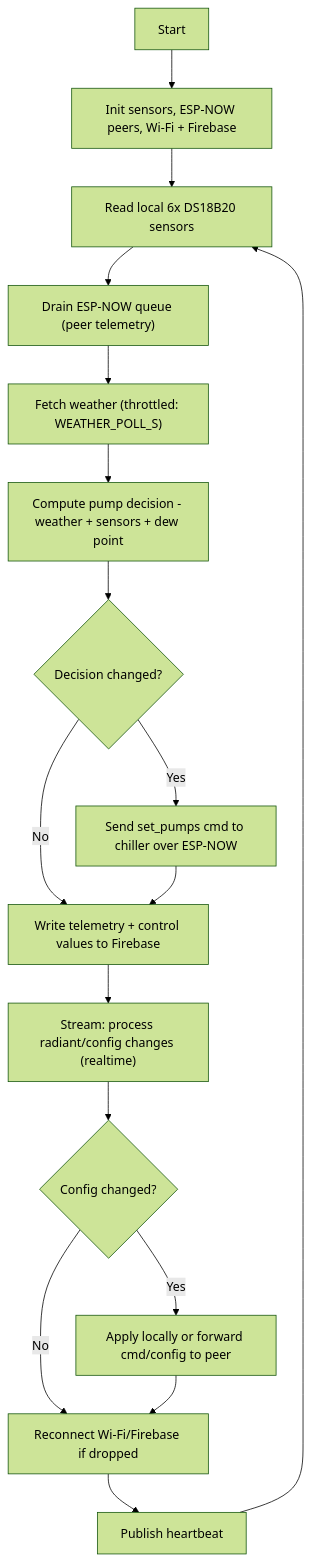
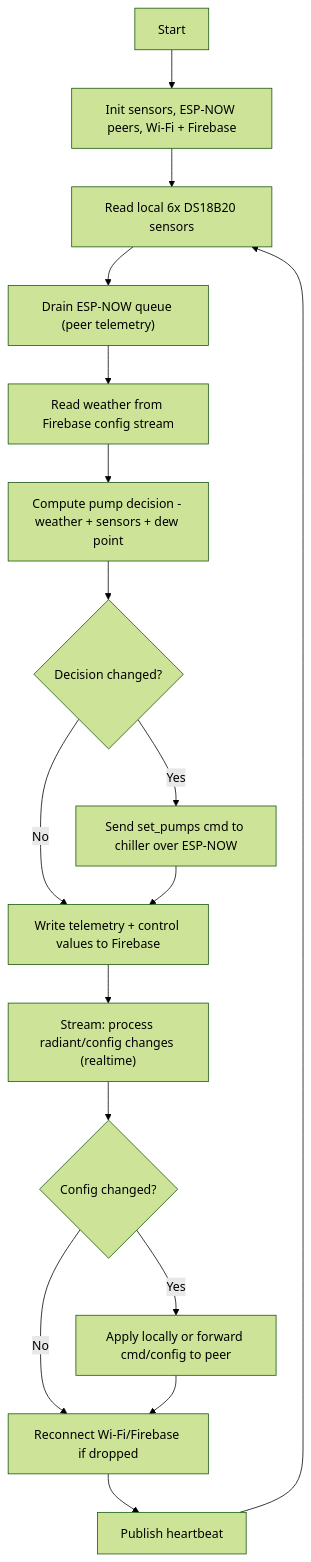
One commit to qppd/radiant-cooling changed the first of 4 diagrams in docs/diagrams/flow-chart.md. Above: the diagram before and after it, drawn with Mermaid (forest theme). The commit also changed other lines of this file and 31 other files, not shown here.

````diff
--- a/docs/diagrams/flow-chart.md
+++ b/docs/diagrams/flow-chart.md
@@ -12,19 +12,19 @@
 ```mermaid
 flowchart TD
     A["Start"] --> B["Init sensors, ESP-NOW peers, Wi-Fi + Firebase"]
     B --> C["Read local 6x DS18B20 sensors"]
     C --> D["Drain ESP-NOW queue (peer telemetry)"]
-    D --> E["Fetch weather (throttled: WEATHER_POLL_S)"]
+    D --> E["Read weather from Firebase config stream"]
     E --> F["Compute pump decision - weather + sensors + dew point"]
     F --> G{"Decision changed?"}
     G -->|Yes| H["Send set_pumps cmd to chiller over ESP-NOW"]
     G -->|No| I["Write telemetry + control values to Firebase"]
     H --> I
     I --> J["Stream: process radiant/config changes (realtime)"]
     J --> K{"Config changed?"}
     K -->|Yes| L["Apply locally or forward cmd/config to peer"]
     K -->|No| M["Reconnect Wi-Fi/Firebase if dropped"]
     L --> M
     M --> N["Publish heartbeat"]
     N --> C
 ```
````
